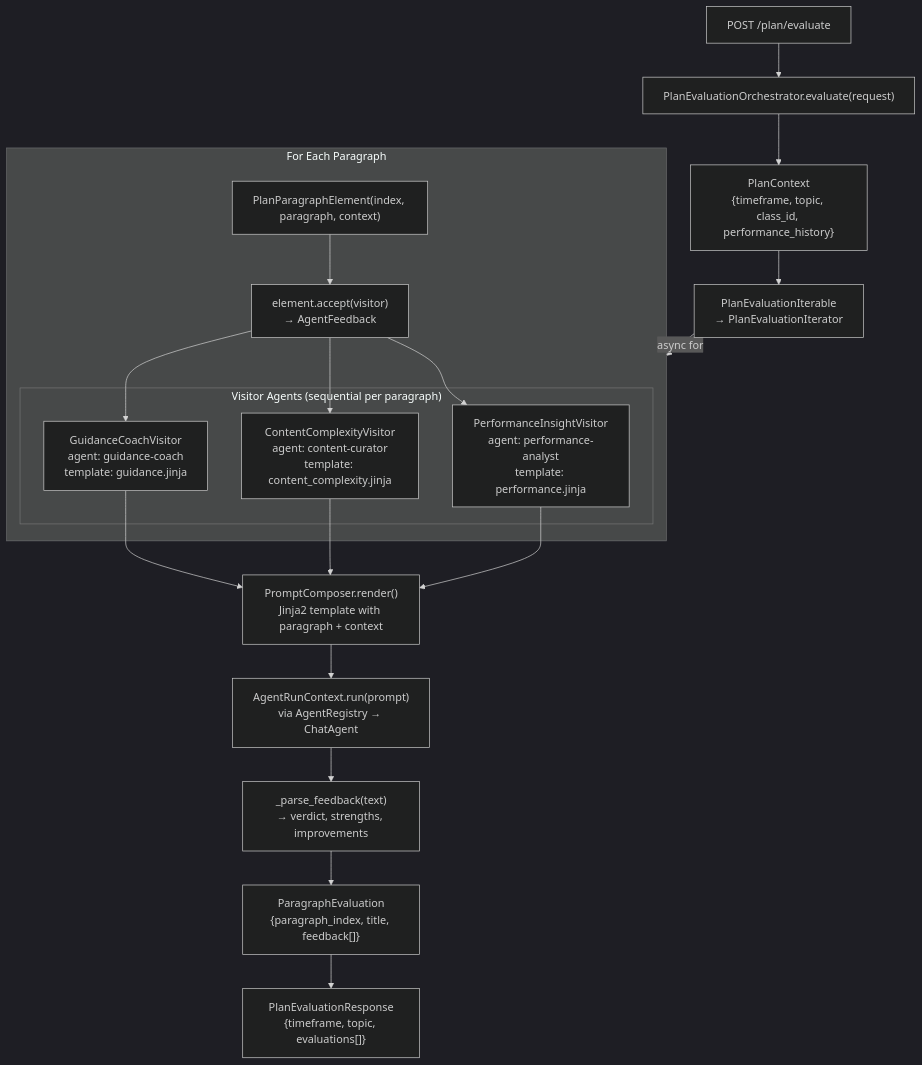
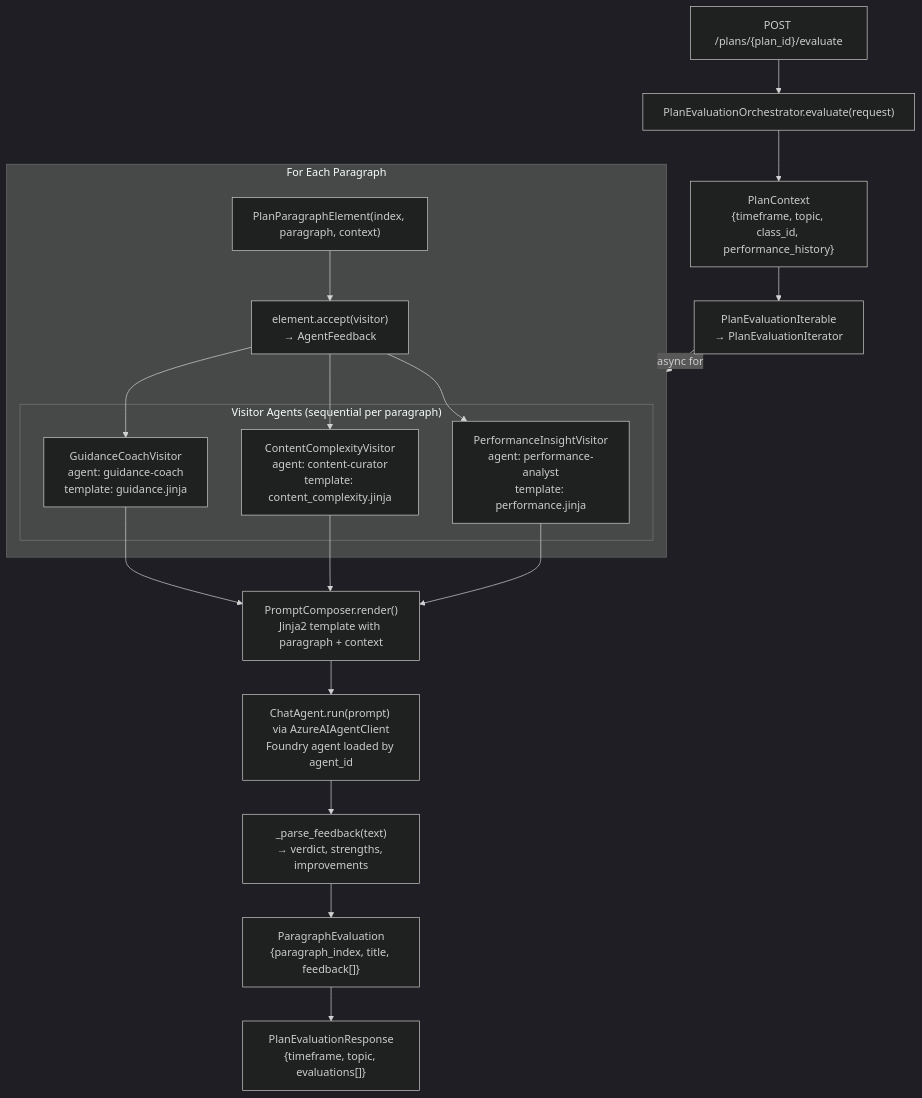
One commit to Azure-Samples/tutor changed diagram 21 of 26 in docs/architecture.md. Above: the diagram before and after it, drawn with Mermaid (dark theme). The commit also changed other lines of this file and 43 other files, not shown here.

````diff
--- a/docs/architecture.md
+++ b/docs/architecture.md
@@ -960,36 +967,36 @@
 ```mermaid
 flowchart TD
-    API["POST /plan/evaluate"]
+    API["POST /plans/{plan_id}/evaluate"]
     ORCH["PlanEvaluationOrchestrator.evaluate(request)"]
     CTX["PlanContext\n{timeframe, topic, class_id, performance_history}"]
     ITER["PlanEvaluationIterable\n→ PlanEvaluationIterator"]
 
     subgraph Paragraph["For Each Paragraph"]
         ELEMENT["PlanParagraphElement(index, paragraph, context)"]
         
         subgraph Visitors["Visitor Agents (sequential per paragraph)"]
             PERF["PerformanceInsightVisitor\nagent: performance-analyst\ntemplate: performance.jinja"]
             CONTENT["ContentComplexityVisitor\nagent: content-curator\ntemplate: content_complexity.jinja"]
             GUIDANCE["GuidanceCoachVisitor\nagent: guidance-coach\ntemplate: guidance.jinja"]
         end
 
         ACCEPT["element.accept(visitor)\n→ AgentFeedback"]
     end
 
     PROMPT["PromptComposer.render()\nJinja2 template with paragraph + context"]
-    AGENT_RUN["AgentRunContext.run(prompt)\nvia AgentRegistry → ChatAgent"]
+    AGENT_RUN["ChatAgent.run(prompt) via AzureAIAgentClient\nFoundry agent loaded by agent_id"]
     PARSE["_parse_feedback(text)\n→ verdict, strengths, improvements"]
     EVAL["ParagraphEvaluation\n{paragraph_index, title, feedback[]}"]
     RESULT["PlanEvaluationResponse\n{timeframe, topic, evaluations[]}"]
 
     API --> ORCH --> CTX --> ITER
     ITER -->|"async for"| Paragraph
     ELEMENT --> ACCEPT
     ACCEPT --> PERF
     ACCEPT --> CONTENT
     ACCEPT --> GUIDANCE
     PERF --> PROMPT --> AGENT_RUN --> PARSE --> EVAL
     CONTENT --> PROMPT
     GUIDANCE --> PROMPT
     EVAL --> RESULT
 ```
````
